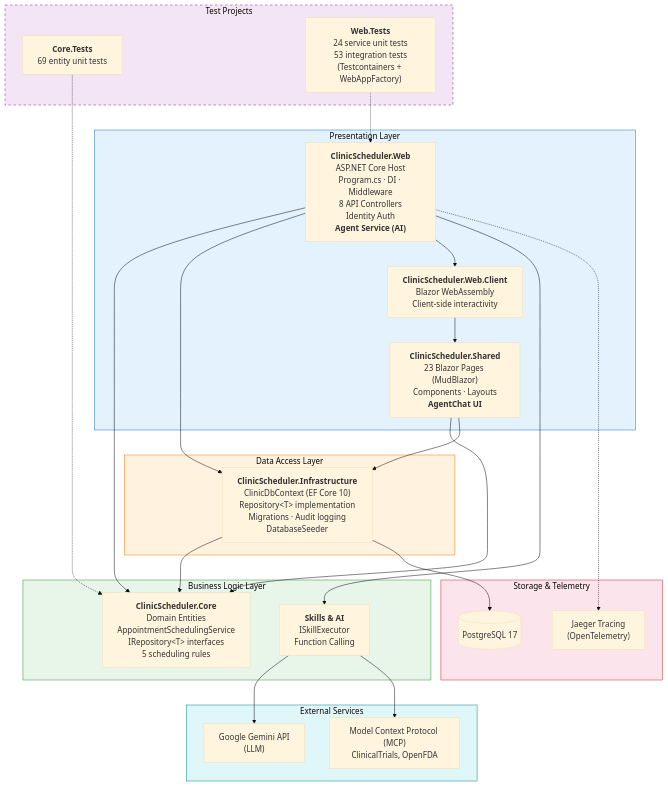
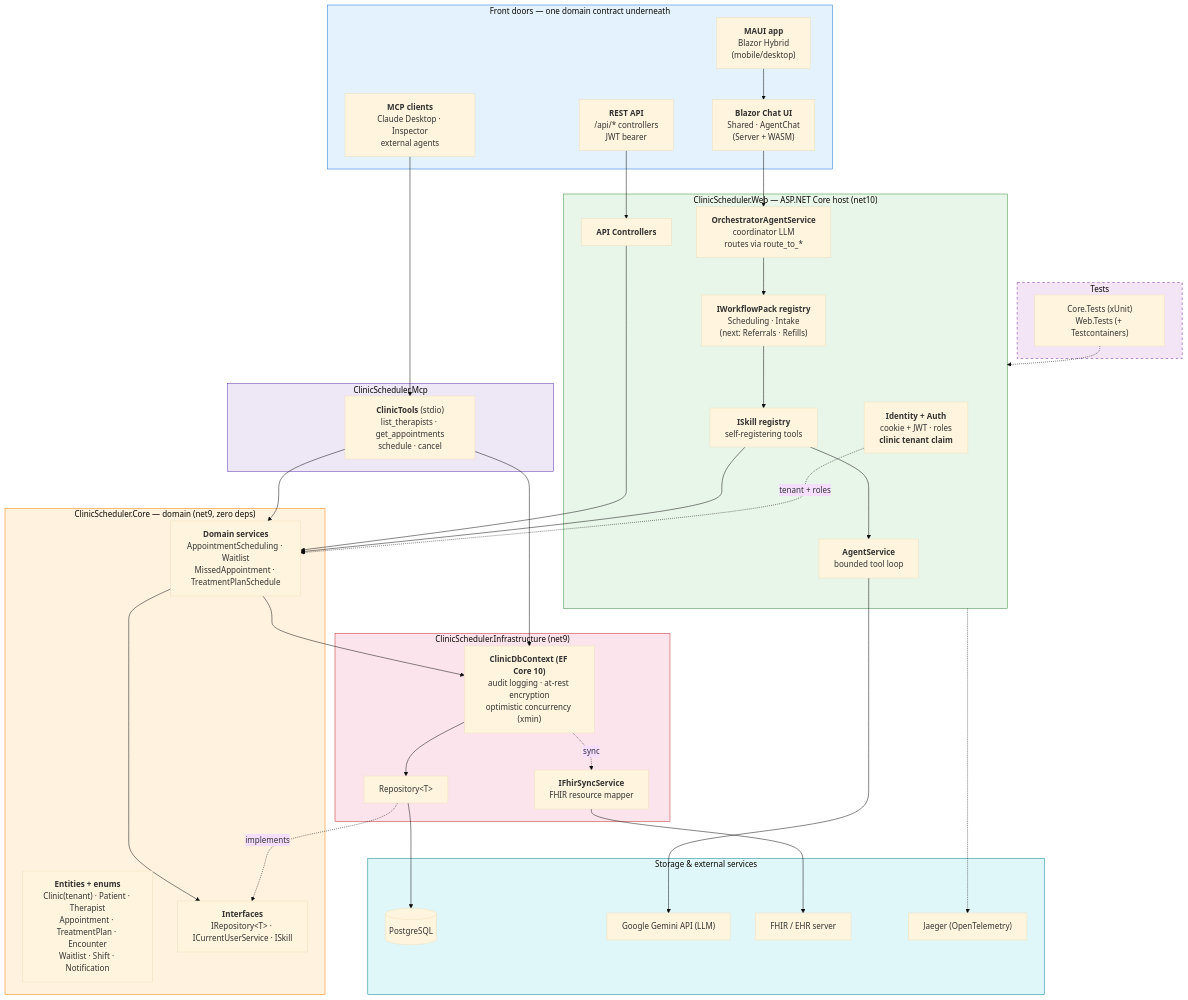
Before and after one commit to Bradly187/clinic-scheduler: the diagram in docs/diagrams/system-architecture.md, drawn with Mermaid (base theme). The commit also changed other lines of this file and 4 other files, not shown here.

First line of the commit message:
docs: add product vision + system architecture; refresh diagrams

````diff
--- a/docs/diagrams/system-architecture.md
+++ b/docs/diagrams/system-architecture.md
@@ -5,56 +9,70 @@
 ```mermaid
 graph TB
-    subgraph Presentation ["Presentation Layer"]
-        Web["<b>ClinicScheduler.Web</b><br/>ASP.NET Core Host<br/>Program.cs · DI · Middleware<br/>8 API Controllers<br/>Identity Auth<br/><b>Agent Service (AI)</b>"]
-        Client["<b>ClinicScheduler.Web.Client</b><br/>Blazor WebAssembly<br/>Client-side interactivity"]
-        Shared["<b>ClinicScheduler.Shared</b><br/>23 Blazor Pages (MudBlazor)<br/>Components · Layouts<br/><b>AgentChat UI</b>"]
+    subgraph Channels ["Front doors — one domain contract underneath"]
+        Chat["<b>Blazor Chat UI</b><br/>Shared · AgentChat<br/>(Server + WASM)"]
+        API["<b>REST API</b><br/>/api/* controllers<br/>JWT bearer"]
+        MCPc["<b>MCP clients</b><br/>Claude Desktop · Inspector<br/>external agents"]
+        MAUI["<b>MAUI app</b><br/>Blazor Hybrid<br/>(mobile/desktop)"]
     end
 
-    subgraph Business ["Business Logic Layer"]
-        Core["<b>ClinicScheduler.Core</b><br/>Domain Entities<br/>AppointmentSchedulingService<br/>IRepository&lt;T&gt; interfaces<br/>5 scheduling rules"]
-        SkillExec["<b>Skills & AI</b><br/>ISkillExecutor<br/>Function Calling"]
+    subgraph Web ["ClinicScheduler.Web — ASP.NET Core host (net10)"]
+        Auth["<b>Identity + Auth</b><br/>cookie + JWT · roles<br/><b>clinic tenant claim</b>"]
+        Orch["<b>OrchestratorAgentService</b><br/>coordinator LLM<br/>routes via route_to_*"]
+        Packs["<b>IWorkflowPack registry</b><br/>Scheduling · Intake<br/>(next: Referrals · Refills)"]
+        Skills["<b>ISkill registry</b><br/>self-registering tools"]
+        AgentP["<b>AgentService</b><br/>bounded tool loop"]
+        Ctrl["<b>API Controllers</b>"]
     end
 
-    subgraph Data ["Data Access Layer"]
-        Infra["<b>ClinicScheduler.Infrastructure</b><br/>ClinicDbContext (EF Core 10)<br/>Repository&lt;T&gt; implementation<br/>Migrations · Audit logging<br/>DatabaseSeeder"]
+    subgraph Mcp ["ClinicScheduler.Mcp"]
+        Tools["<b>ClinicTools</b> (stdio)<br/>list_therapists · get_appointments<br/>schedule · cancel"]
     end
 
-    subgraph Storage ["Storage & Telemetry"]
-        PG[("PostgreSQL 17")]
-        Jaeger["Jaeger Tracing<br/>(OpenTelemetry)"]
+    subgraph Core ["ClinicScheduler.Core — domain (net9, zero deps)"]
+        Ent["<b>Entities + enums</b><br/>Clinic(tenant) · Patient · Therapist<br/>Appointment · TreatmentPlan · Encounter<br/>Waitlist · Shift · Notification"]
+        Svc["<b>Domain services</b><br/>AppointmentScheduling · Waitlist<br/>MissedAppointment · TreatmentPlanSchedule"]
+        If["<b>Interfaces</b><br/>IRepository&lt;T&gt; · ICurrentUserService · ISkill"]
     end
 
-    subgraph External ["External Services"]
-        Gemini["Google Gemini API<br/>(LLM)"]
-        MCP["Model Context Protocol (MCP)<br/>ClinicalTrials, OpenFDA"]
+    subgraph Infra ["ClinicScheduler.Infrastructure (net9)"]
+        Db["<b>ClinicDbContext (EF Core 10)</b><br/>audit logging · at-rest encryption<br/>optimistic concurrency (xmin)"]
+        Repo["Repository&lt;T&gt;"]
+        Fhir["<b>IFhirSyncService</b><br/>FHIR resource mapper"]
     end
 
-    subgraph Testing ["Test Projects"]
-        CoreTests["<b>Core.Tests</b><br/>69 entity unit tests"]
-        WebTests["<b>Web.Tests</b><br/>24 service unit tests<br/>53 integration tests<br/>(Testcontainers + WebAppFactory)"]
+    subgraph Ext ["Storage & external services"]
+        PG[("PostgreSQL")]
+        Gemini["Google Gemini API (LLM)"]
+        EHR["FHIR / EHR server"]
+        Jaeger["Jaeger (OpenTelemetry)"]
     end
 
-    %% Dependency arrows (direction = "depends on")
-    Web --> Core
-    Web --> Infra
-    Web --> Client
-    Web --> SkillExec
+    subgraph Tests ["Tests"]
+        T["Core.Tests (xUnit)<br/>Web.Tests (+ Testcontainers)"]
+    end
+
+    Chat --> Orch
+    MAUI --> Chat
+    API --> Ctrl --> Svc
+    MCPc --> Tools
+    Orch --> Packs --> Skills --> AgentP --> Gemini
+    Skills --> Svc
+    Tools --> Svc
+    Tools --> Db
+    Auth -. "tenant + roles" .-> Svc
+    Svc --> If
+    Repo -. implements .-> If
+    Svc --> Db
+    Db --> Repo --> PG
+    Db -. sync .-> Fhir --> EHR
     Web -.-> Jaeger
-    Client --> Shared
-    Shared --> Core
-    Shared --> Infra
-    Infra --> Core
-    Infra --> PG
-    SkillExec --> Gemini
-    SkillExec --> MCP
+    T -.-> Web
 
-    CoreTests -.-> Core
-    WebTests -.-> Web
-
-    style Presentation fill:#e3f2fd,stroke:#1976d2,stroke-width:1px
-    style Business fill:#e8f5e9,stroke:#388e3c,stroke-width:1px
-    style Data fill:#fff3e0,stroke:#f57c00,stroke-width:1px
-    style Storage fill:#fce4ec,stroke:#c62828,stroke-width:1px
-    style External fill:#e0f7fa,stroke:#00838f,stroke-width:1px
-    style Testing fill:#f3e5f5,stroke:#7b1fa2,stroke-width:1px,stroke-dasharray: 5 5
+    style Channels fill:#e3f2fd,stroke:#1976d2,stroke-width:1px
+    style Web fill:#e8f5e9,stroke:#388e3c,stroke-width:1px
+    style Mcp fill:#ede7f6,stroke:#5e35b1,stroke-width:1px
+    style Core fill:#fff3e0,stroke:#f57c00,stroke-width:1px
+    style Infra fill:#fce4ec,stroke:#c62828,stroke-width:1px
+    style Ext fill:#e0f7fa,stroke:#00838f,stroke-width:1px
+    style Tests fill:#f3e5f5,stroke:#7b1fa2,stroke-width:1px,stroke-dasharray: 5 5
 ```
````
